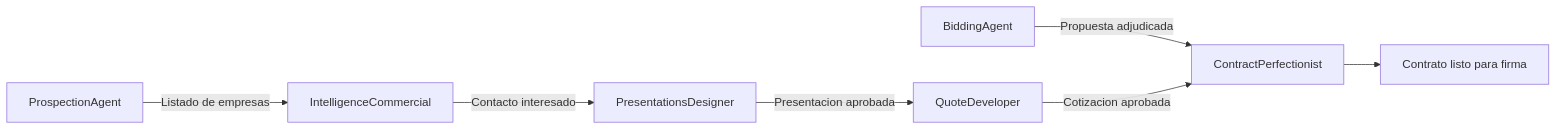
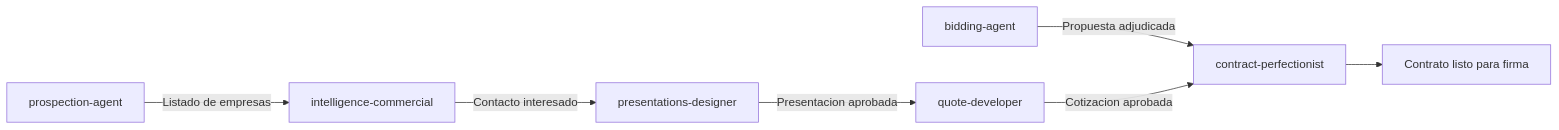
The diagram in README.md (GustavoAdolfoNavarroPacheco/fullservice-agents), drawn with Mermaid before and after one commit. The commit also changed other lines of this file and 723 other files, not shown here.

````diff
--- a/README.md
+++ b/README.md
@@ -204,9 +223,9 @@
 ```mermaid
 graph LR
-    P["ProspectionAgent"] -->|Listado de empresas| I["IntelligenceCommercial"]
-    I -->|Contacto interesado| A["PresentationsDesigner"]
-    A -->|Presentacion aprobada| B["QuoteDeveloper"]
-    L["BiddingAgent"] -->|Propuesta adjudicada| C["ContractPerfectionist"]
-    B -->|Cotizacion aprobada| C["ContractPerfectionist"]
+    P["prospection-agent"] -->|Listado de empresas| I["intelligence-commercial"]
+    I -->|Contacto interesado| A["presentations-designer"]
+    A -->|Presentacion aprobada| B["quote-developer"]
+    L["bidding-agent"] -->|Propuesta adjudicada| C["contract-perfectionist"]
+    B -->|Cotizacion aprobada| C["contract-perfectionist"]
     C --> D["Contrato listo para firma"]
 ```
````
